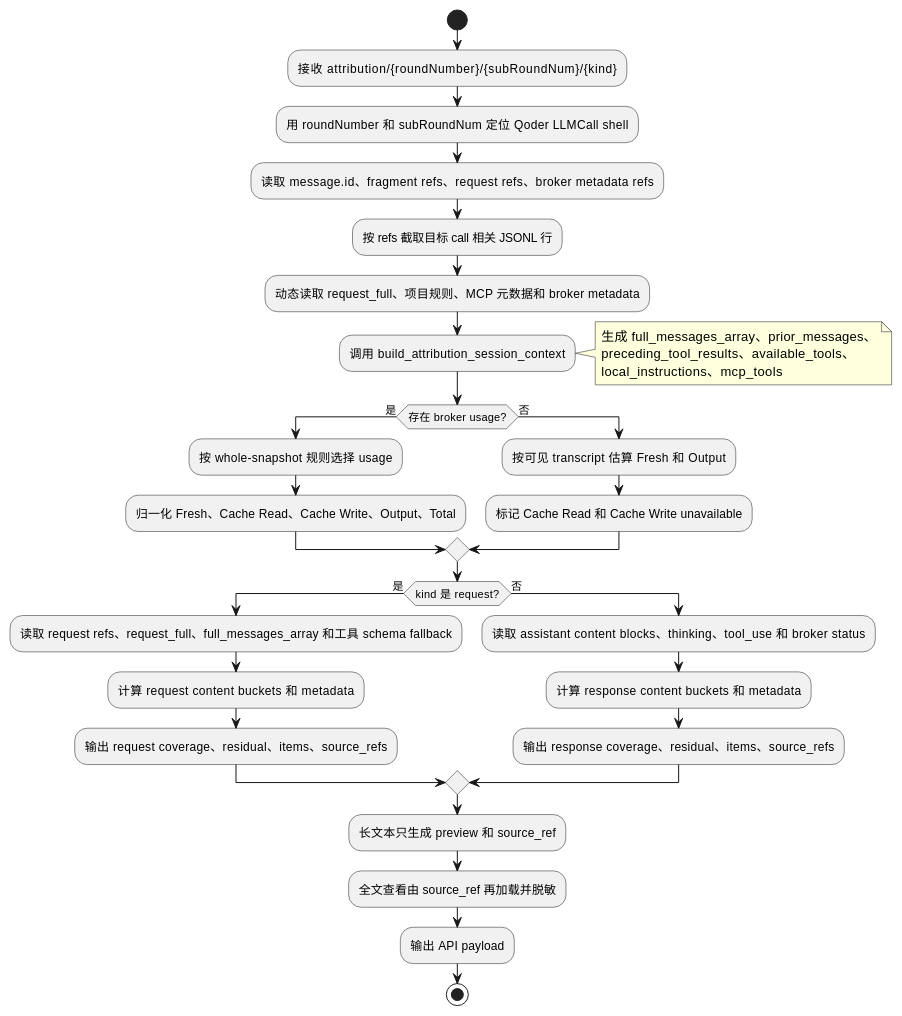
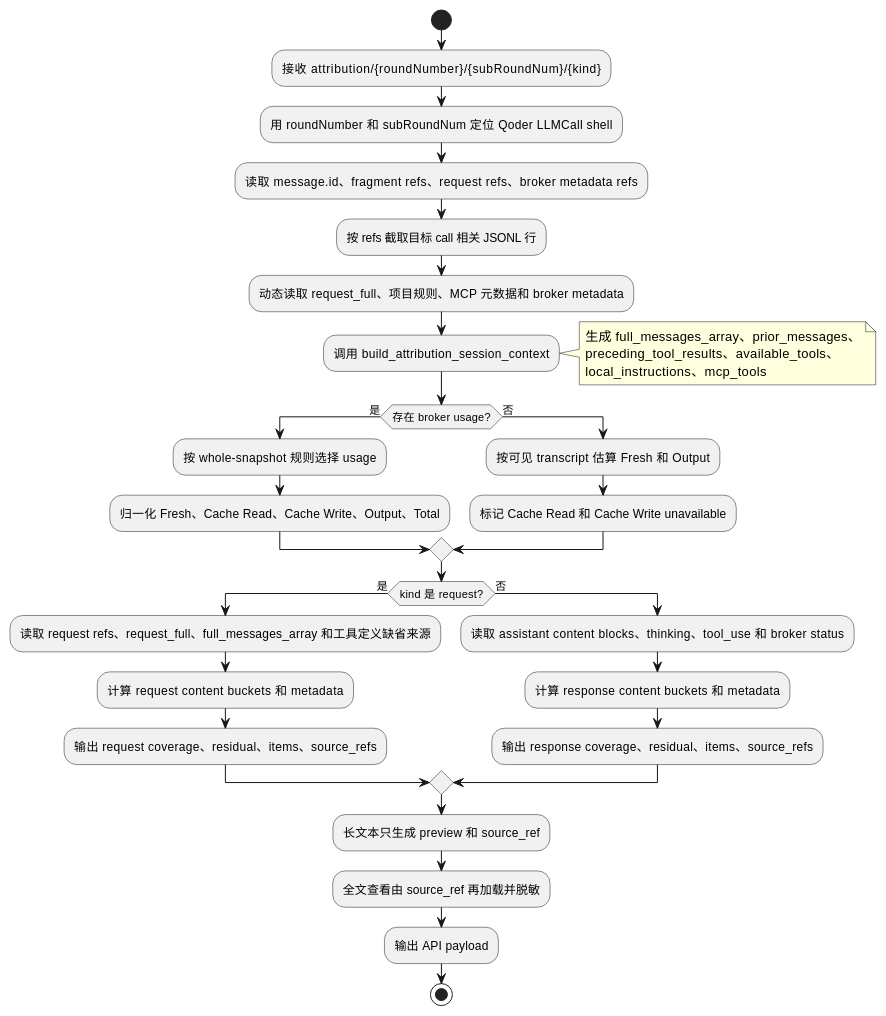
The second of 2 diagrams in docs/agent-token-attribution/qoder.md (iampkuhz/feipi-session-browser), drawn with PlantUML before and after one commit. The commit also changed other lines of this file and 87 other files, not shown here.

````diff
--- a/docs/agent-token-attribution/qoder.md
+++ b/docs/agent-token-attribution/qoder.md
@@ -119,36 +119,36 @@
 ```plantuml
 @startuml
 start
 :接收 attribution/{roundNumber}/{subRoundNum}/{kind};
 :用 roundNumber 和 subRoundNum 定位 Qoder LLMCall shell;
 :读取 message.id、fragment refs、request refs、broker metadata refs;
 :按 refs 截取目标 call 相关 JSONL 行;
 :动态读取 request_full、项目规则、MCP 元数据和 broker metadata;
 :调用 build_attribution_session_context;
 note right
 生成 full_messages_array、prior_messages、
 preceding_tool_results、available_tools、
 local_instructions、mcp_tools
 end note
 if (存在 broker usage?) then (是)
   :按 whole-snapshot 规则选择 usage;
   :归一化 Fresh、Cache Read、Cache Write、Output、Total;
 else (否)
   :按可见 transcript 估算 Fresh 和 Output;
   :标记 Cache Read 和 Cache Write unavailable;
 endif
 if (kind 是 request?) then (是)
-  :读取 request refs、request_full、full_messages_array 和工具 schema fallback;
+  :读取 request refs、request_full、full_messages_array 和工具定义缺省来源;
   :计算 request content buckets 和 metadata;
   :输出 request coverage、residual、items、source_refs;
 else (否)
   :读取 assistant content blocks、thinking、tool_use 和 broker status;
   :计算 response content buckets 和 metadata;
   :输出 response coverage、residual、items、source_refs;
 endif
 :长文本只生成 preview 和 source_ref;
 :全文查看由 source_ref 再加载并脱敏;
 :输出 API payload;
 stop
 @enduml
 ```
````
